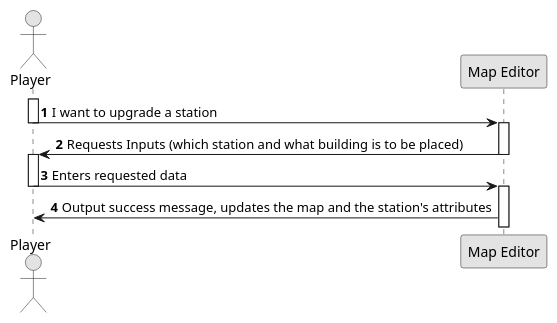
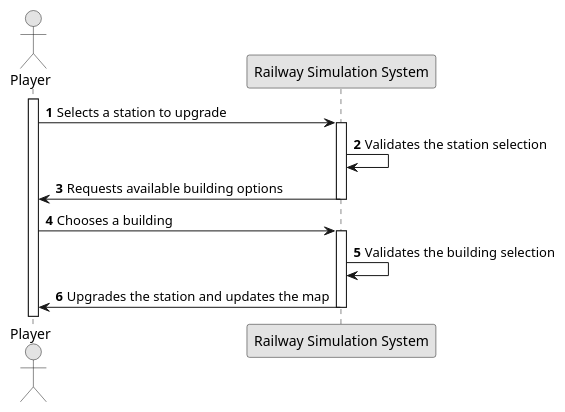
The diagram in docs/system-documentation/US006/01.requirements-engineering/puml/US006-SSD.puml (goncalolopesp/sem2-pi-24.25-g093-repo), drawn with PlantUML before and after one commit. The commit also changed 2 other files, not shown here.

```diff
--- a/docs/system-documentation/US006/01.requirements-engineering/puml/US006-SSD.puml
+++ b/docs/system-documentation/US006/01.requirements-engineering/puml/US006-SSD.puml
@@ -1,28 +1,25 @@
 @startuml
 
 skinparam monochrome true
 skinparam packageStyle rectangle
 skinparam shadowing false
 
 autonumber
 
 actor "Player" as Player
-participant "Map Editor" as System
+participant "Railway Simulation System" as System
 
 activate Player
 
-    Player -> System : I want to upgrade a station
-    deactivate Player
+    Player -> System : Selects a station to upgrade
     activate System
-
-    System -> Player : Requests Inputs (which station and what building is to be placed)
+    System -> System : Validates the station selection
+    System -> Player : Requests available building options
     deactivate System
-    activate Player
-
-    Player -> System : Enters requested data
-    deactivate Player
+    Player -> System : Chooses a building
     activate System
-
-    System -> Player : Output success message, updates the map and the station's attributes
+    System -> System : Validates the building selection
+    System -> Player : Upgrades the station and updates the map
+    deactivate System
 
 @enduml
```
